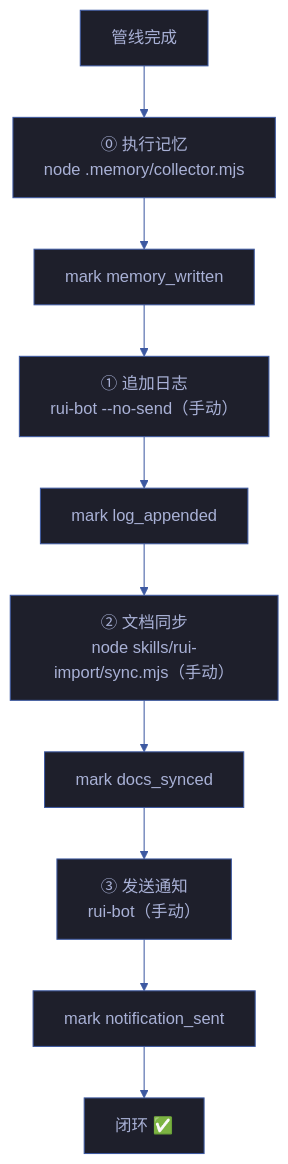
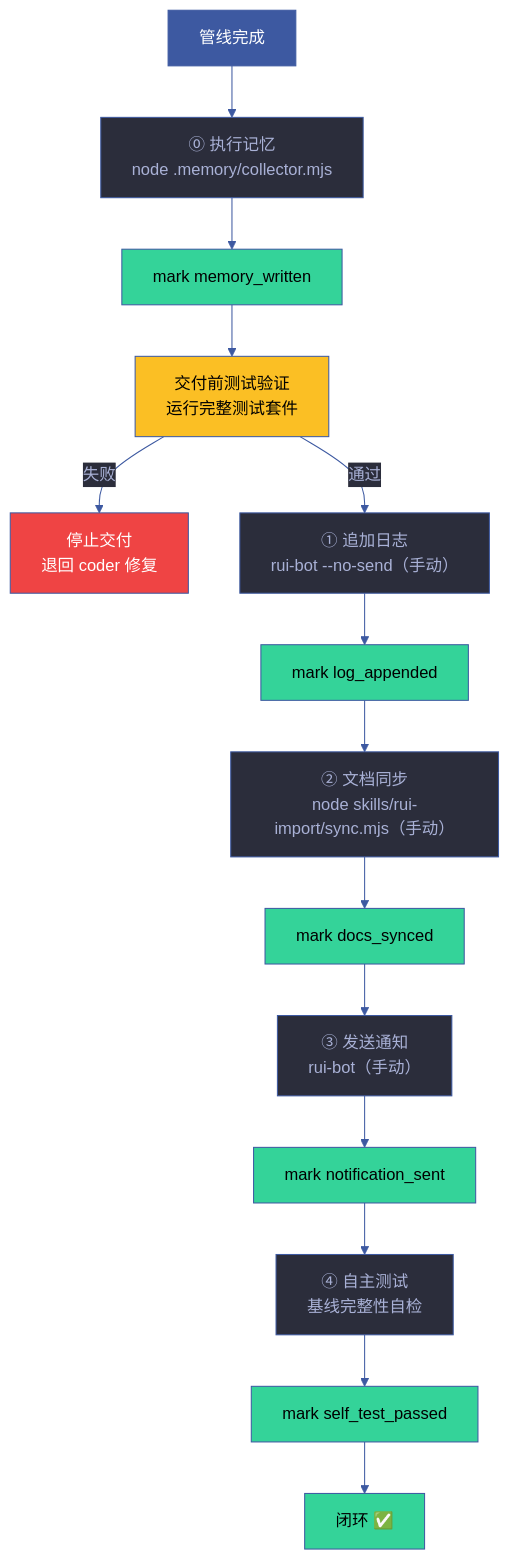
The first of 6 diagrams in skills/rui/rules/delivery-gate.md (effiy/YrY), drawn with Mermaid before and after one commit. The commit also changed other lines of this file and 1028 other files, not shown here.

````diff
--- a/skills/rui/rules/delivery-gate.md
+++ b/skills/rui/rules/delivery-gate.md
@@ -58,21 +58,31 @@
 ```mermaid
 %%{init: {'theme': 'base', 'themeVariables': {
   'primaryColor': '#1e1f2b',
   'primaryTextColor': '#a9b1d6',
   'primaryBorderColor': '#3d59a1',
   'lineColor': '#3d59a1',
   'secondaryColor': '#2b2d3b',
   'tertiaryColor': '#21232f'
 }}}%%
 flowchart TB
     DONE["管线完成"]:::src --> S0["⓪ 执行记忆<br/>node .memory/collector.mjs"]:::step
     S0 --> M0["mark memory_written"]:::mark
-    M0 --> S1["① 追加日志<br/>rui-bot --no-send（手动）"]:::step
+    M0 --> TEST["交付前测试验证<br/>运行完整测试套件"]:::gate
+    TEST -->|"失败"| BLOCK["停止交付<br/>退回 coder 修复"]:::block
+    TEST -->|"通过"| S1["① 追加日志<br/>rui-bot --no-send（手动）"]:::step
     S1 --> M1["mark log_appended"]:::mark
     M1 --> S2["② 文档同步<br/>node skills/rui-import/sync.mjs（手动）"]:::step
     S2 --> M2["mark docs_synced"]:::mark
     M2 --> S3["③ 发送通知<br/>rui-bot（手动）"]:::step
     S3 --> M3["mark notification_sent"]:::mark
-    M3 --> CLOSED["闭环 ✅"]:::done
+    M3 --> S4["④ 自主测试<br/>基线完整性自检"]:::step
+    S4 --> M4["mark self_test_passed"]:::mark
+    M4 --> CLOSED["闭环 ✅"]:::done
 
+    classDef src fill:#3d59a1,color:#fff
+    classDef step fill:#2b2d3b,stroke:#3d59a1,color:#a9b1d6
+    classDef mark fill:#34d399,color:#000
+    classDef gate fill:#fbbf24,color:#000
+    classDef block fill:#ef4444,color:#fff
+    classDef done fill:#34d399,color:#000
 ```
````
